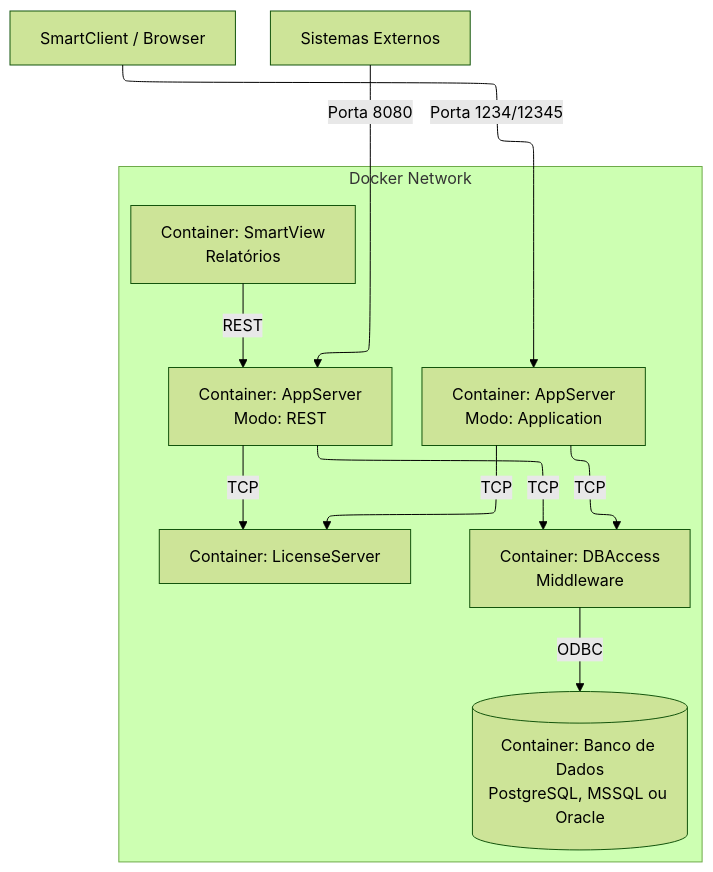
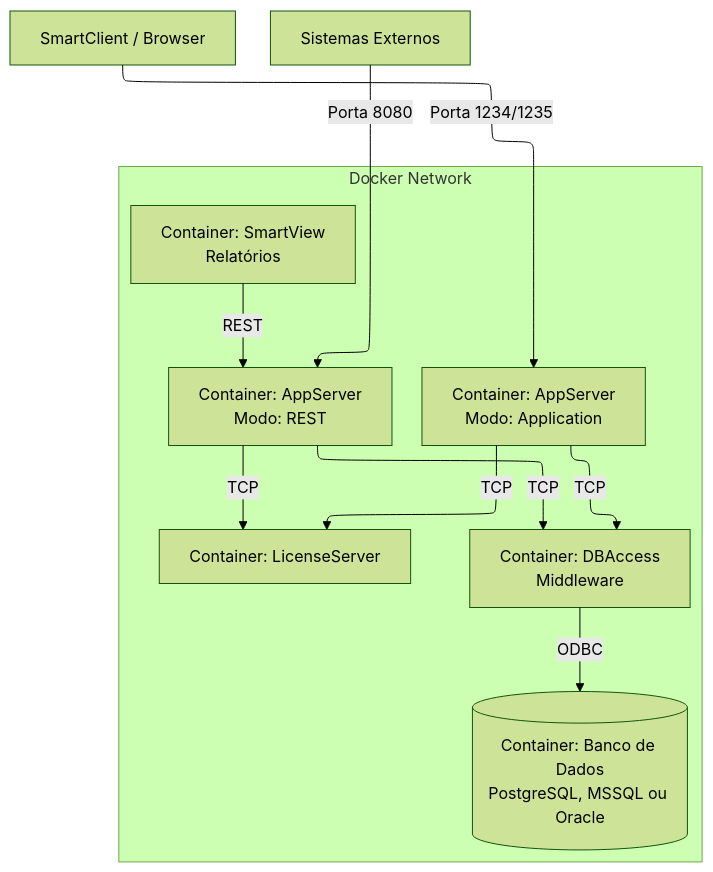
One commit to juliansantosinfo/TOTVS-Protheus-in-Docker changed the diagram in docs/v1.0/02_Arquitetura.md. Above: the diagram before and after it, drawn with Mermaid (forest theme). The commit also changed other lines of this file and 11 other files, not shown here.

````diff
--- a/docs/v1.0/02_Arquitetura.md
+++ b/docs/v1.0/02_Arquitetura.md
@@ -9,21 +9,21 @@
 ```mermaid
 ---
 config:
   layout: elk
 ---
 flowchart TB
  subgraph subGraph0["Docker Network"]
         AppServer["Container: AppServer<br>Modo: Application"]
         AppRest["Container: AppServer<br>Modo: REST"]
         SmartView["Container: SmartView<br>Relatórios"]
         DBAccess["Container: DBAccess<br>Middleware"]
         License["Container: LicenseServer"]
         Database[("Container: Banco de Dados<br>PostgreSQL, MSSQL ou Oracle")]
   end
-    Client["SmartClient / Browser"] -- Porta 1234/12345 --> AppServer
+    Client["SmartClient / Browser"] -- Porta 1234/1235 --> AppServer
     ExtSystem["Sistemas Externos"] -- Porta 8080 --> AppRest
     AppServer -- TCP --> DBAccess & License
     AppRest -- TCP --> DBAccess & License
     SmartView -- REST --> AppRest
     DBAccess -- ODBC --> Database
 ```
````
